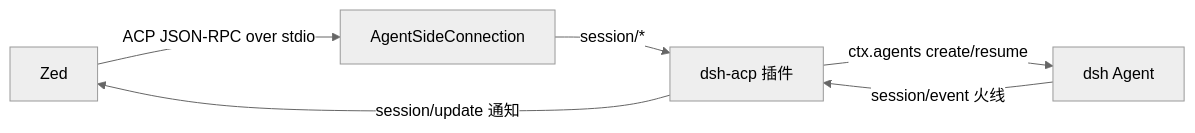
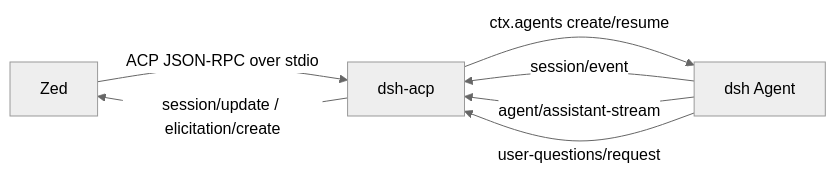
The diagram in docs/technical.md (cnctem/dsh-acp), drawn with Mermaid (neutral theme) before and after one commit. The commit also changed other lines of this file and 57 other files, not shown here.

Commit message:
feat: adapt ACP bridge to dsh 0.2.0-rc.2

````diff
--- a/docs/technical.md
+++ b/docs/technical.md
@@ -9,8 +13,9 @@
 ```mermaid
 flowchart LR
-  Zed -->|ACP JSON-RPC over stdio| ACP[AgentSideConnection]
-  ACP -->|session/*| Bridge[dsh-acp 插件]
+  Zed -->|ACP JSON-RPC over stdio| Bridge[dsh-acp]
   Bridge -->|ctx.agents create/resume| Agent[dsh Agent]
-  Agent -->|session/event 火线| Bridge
-  Bridge -->|session/update 通知| Zed
+  Agent -->|session/event| Bridge
+  Agent -->|agent/assistant-stream| Bridge
+  Agent -->|user-questions/request| Bridge
+  Bridge -->|session/update / elicitation/create| Zed
 ```
````
